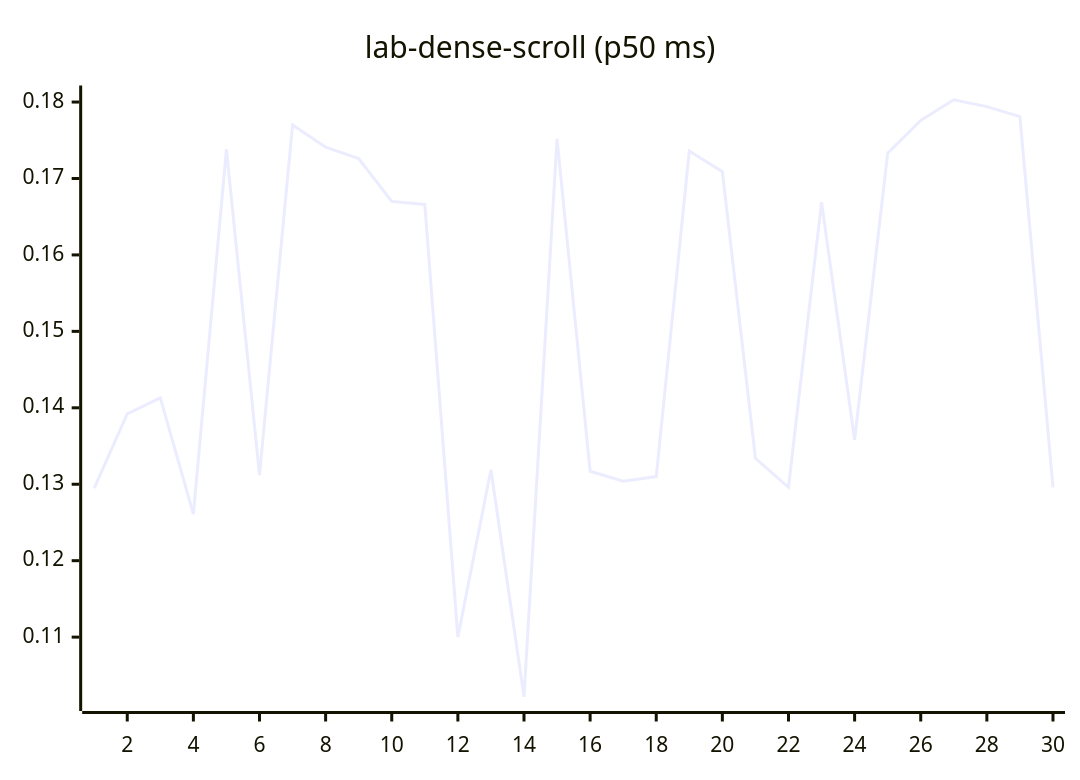
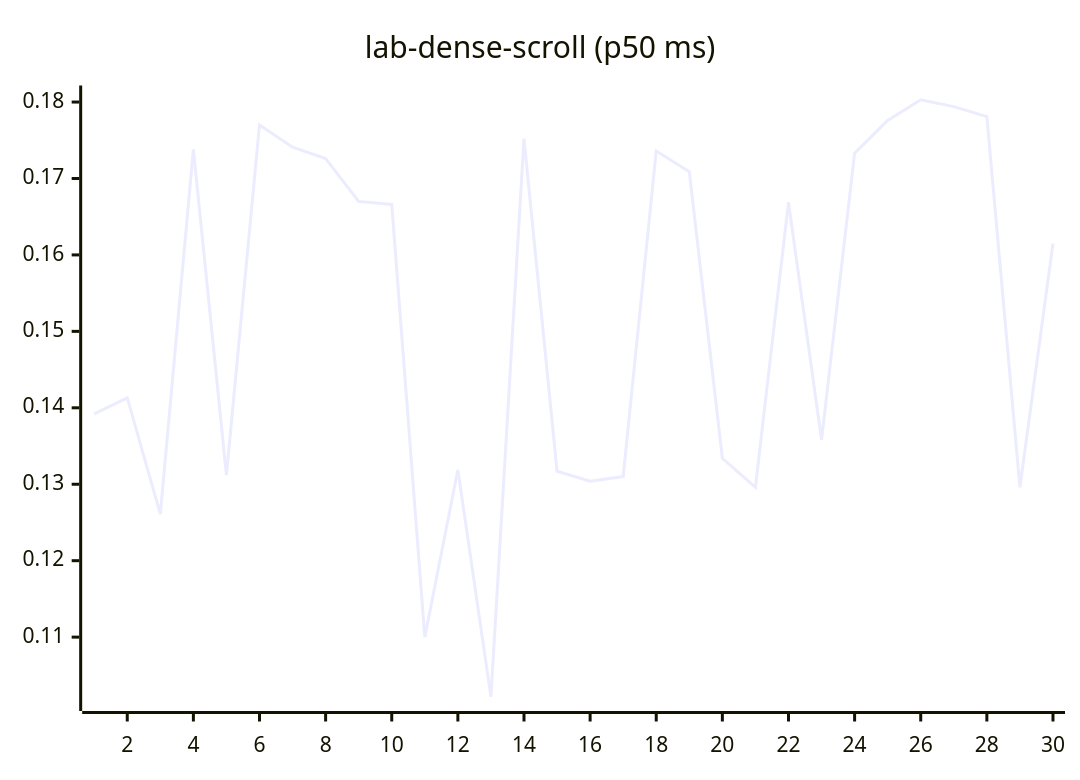
Before and after one commit to josha/Facet: diagram 12 of 27 in README.md, drawn with Mermaid. The commit also changed other lines of this file and 2 other files, not shown here.

````diff
--- a/README.md
+++ b/README.md
@@ -140,6 +140,6 @@
 ```mermaid
 xychart-beta
     title "lab-dense-scroll (p50 ms)"
     x-axis 1 --> 30
-    line [0.1295, 0.1392, 0.1413, 0.1261, 0.1738, 0.1312, 0.1770, 0.1741, 0.1726, 0.1670, 0.1666, 0.1100, 0.1319, 0.1022, 0.1752, 0.1317, 0.1304, 0.1310, 0.1736, 0.1709, 0.1334, 0.1296, 0.1669, 0.1358, 0.1733, 0.1776, 0.1803, 0.1794, 0.1781, 0.1296]
+    line [0.1392, 0.1413, 0.1261, 0.1738, 0.1312, 0.1770, 0.1741, 0.1726, 0.1670, 0.1666, 0.1100, 0.1319, 0.1022, 0.1752, 0.1317, 0.1304, 0.1310, 0.1736, 0.1709, 0.1334, 0.1296, 0.1669, 0.1358, 0.1733, 0.1776, 0.1803, 0.1794, 0.1781, 0.1296, 0.1615]
 ```
````
